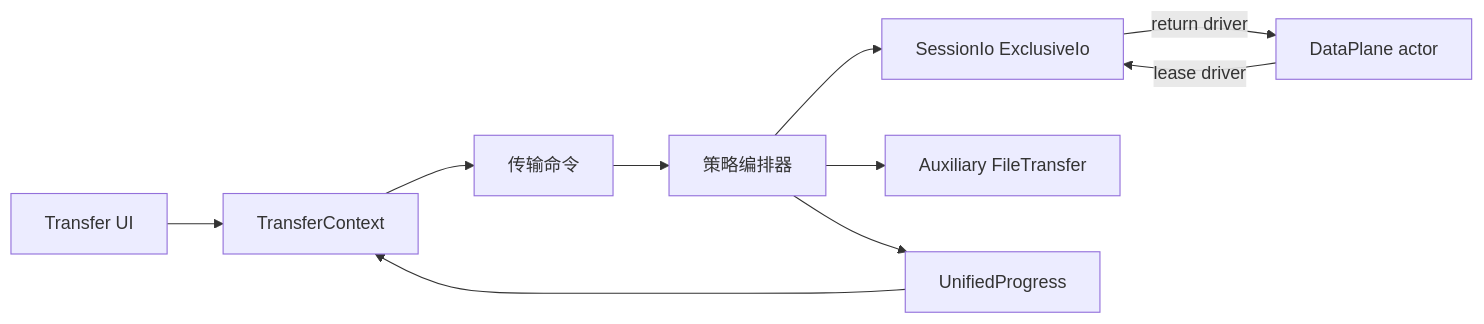
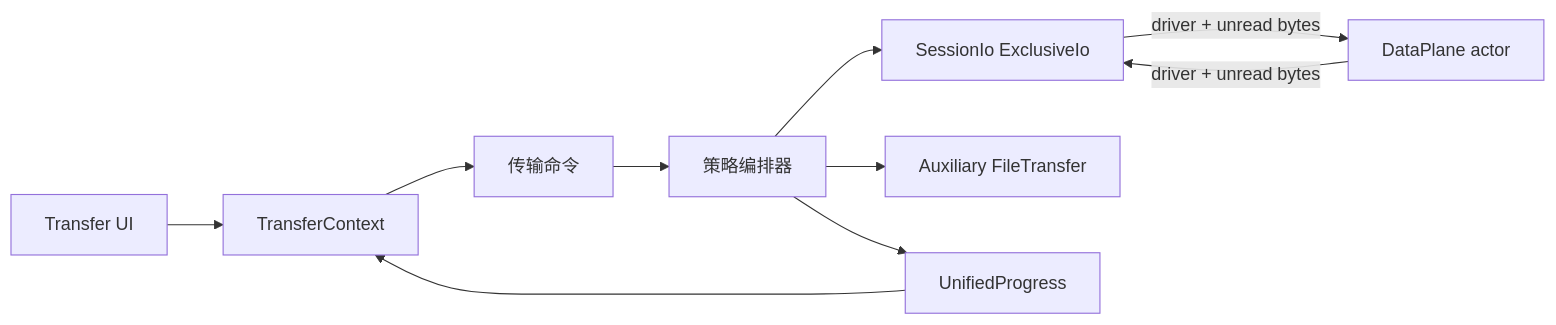
Before and after one commit to hamburger-os/TauTerm: the diagram in docs/modules/TRANSFER.md, drawn with Mermaid. The commit also changed other lines of this file, not shown here.

````diff
--- a/docs/modules/TRANSFER.md
+++ b/docs/modules/TRANSFER.md
@@ -29,12 +31,12 @@
 ```mermaid
 flowchart LR
   UI["Transfer UI"] --> Context["TransferContext"]
   Context --> Command["传输命令"]
   Command --> Orchestrator["策略编排器"]
   Orchestrator --> Inline["SessionIo ExclusiveIo"]
   Orchestrator --> Side["Auxiliary FileTransfer"]
   Orchestrator --> Progress["UnifiedProgress"]
-  DP["DataPlane actor"] -- "lease driver" --> Inline
-  Inline -- "return driver" --> DP
+  DP["DataPlane actor"] -- "driver + unread bytes" --> Inline
+  Inline -- "driver + unread bytes" --> DP
   Progress --> Context
 ```
````
